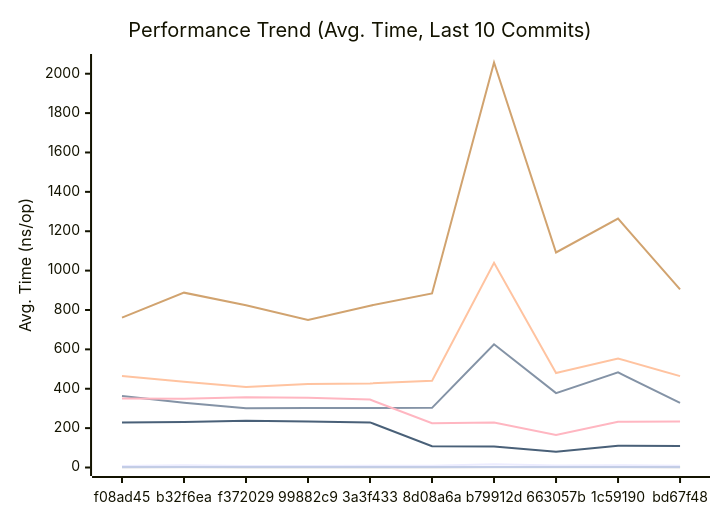
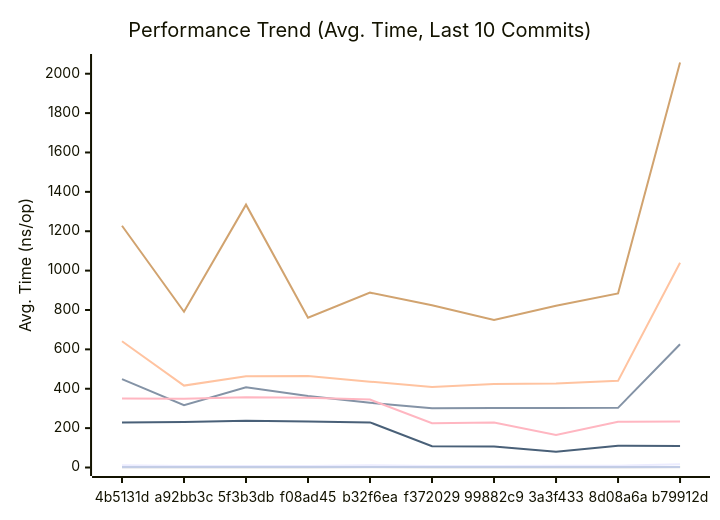
Before and after one commit to alsotoes/momo: the first of 3 diagrams in docs/PERFORMANCE.md, drawn with Mermaid. The commit also changed other lines of this file and 7 other files, not shown here.

````diff
--- a/docs/PERFORMANCE.md
+++ b/docs/PERFORMANCE.md
@@ -80,16 +80,16 @@
 ```mermaid
 xychart-beta
     title "Performance Trend (Avg. Time, Last 10 Commits)"
     x-axis "Commit"
     y-axis "Avg. Time (ns/op)"
-    x-axis [f08ad45,b32f6ea,f372029,99882c9,3a3f433,8d08a6a,b79912d,663057b,1c59190,bd67f48]
-    line "CheckMetricsAndSwap" [7,11,8,7,9,9,16,10,12,9]
-    line "CrushOptimized" [363,329,301,302,302,303,626,378,483,328]
-    line "CrushOriginal" [465,436,409,424,427,440,1040,480,554,464]
-    line "IndexDirectTracking" [0,1,0,0,0,0,1,1,1,0]
-    line "IndexSearch" [3,3,3,3,2,2,3,2,2,2]
-    line "LoadGlobalConfig" [761,888,824,749,822,884,2057,1092,1264,905]
-    line "PadString" [2,2,2,2,2,2,3,3,3,2]
+    x-axis [4b5131d,a92bb3c,5f3b3db,f08ad45,b32f6ea,f372029,99882c9,3a3f433,8d08a6a,b79912d]
+    line "CheckMetricsAndSwap" [11,8,8,7,11,8,7,9,9,16]
+    line "CrushOptimized" [449,317,408,363,329,301,302,302,303,626]
+    line "CrushOriginal" [641,416,464,465,436,409,424,427,440,1040]
+    line "IndexDirectTracking" [0,0,0,0,1,0,0,0,0,1]
+    line "IndexSearch" [3,3,3,3,3,3,3,2,2,3]
+    line "LoadGlobalConfig" [1228,791,1335,761,888,824,749,822,884,2057]
+    line "PadString" [2,2,2,2,2,2,2,2,2,3]
     line "ParseReplicationOrder_NoPrealloc" [350,349,357,354,345,225,229,165,232,234]
     line "ParseReplicationOrder_Prealloc" [229,231,237,234,229,108,107,80,110,109]
 ```
````
